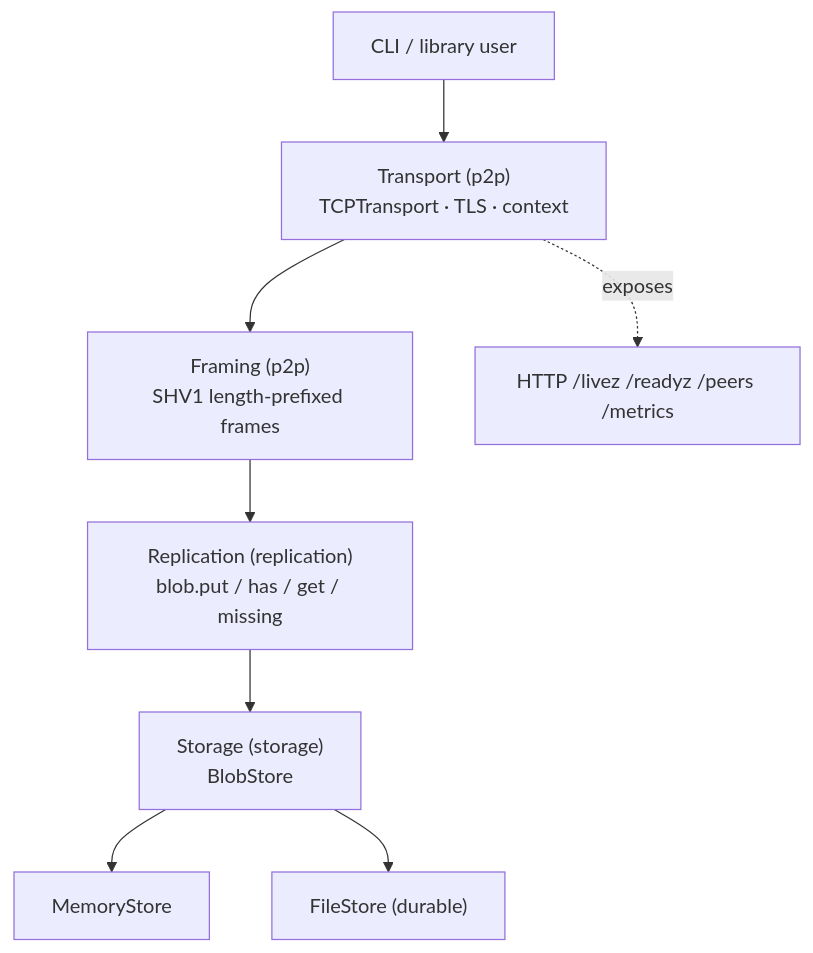
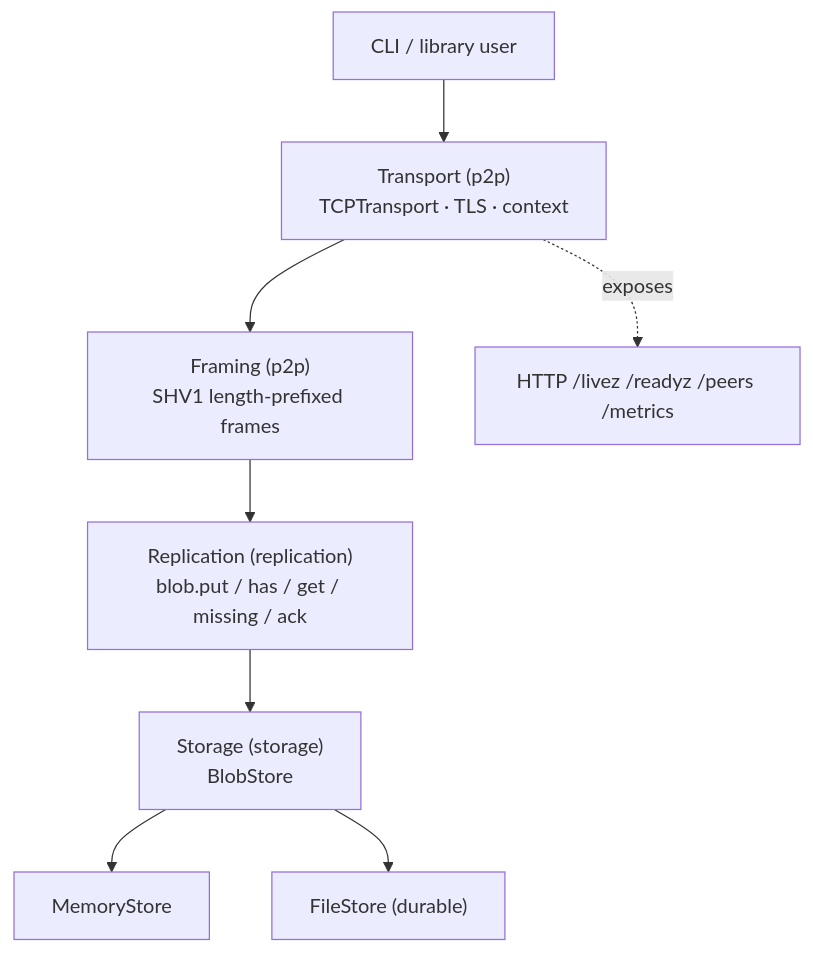
The first of 4 diagrams in docs/ARCHITECTURE.md (AliSinaDevelo/StreamHive), drawn with Mermaid before and after one commit. The commit also changed other lines of this file and 8 other files, not shown here.

````diff
--- a/docs/ARCHITECTURE.md
+++ b/docs/ARCHITECTURE.md
@@ -7,10 +7,10 @@
 ```mermaid
 flowchart TD
   cli["CLI / library user"] --> tr["Transport (p2p)<br/>TCPTransport · TLS · context"]
   tr --> fr["Framing (p2p)<br/>SHV1 length-prefixed frames"]
-  fr --> rep["Replication (replication)<br/>blob.put / has / get / missing"]
+  fr --> rep["Replication (replication)<br/>blob.put / has / get / missing / ack"]
   rep --> st["Storage (storage)<br/>BlobStore"]
   st --> mem["MemoryStore"]
   st --> file["FileStore (durable)"]
   tr -. exposes .-> health["HTTP /livez /readyz /peers /metrics"]
 ```
````
